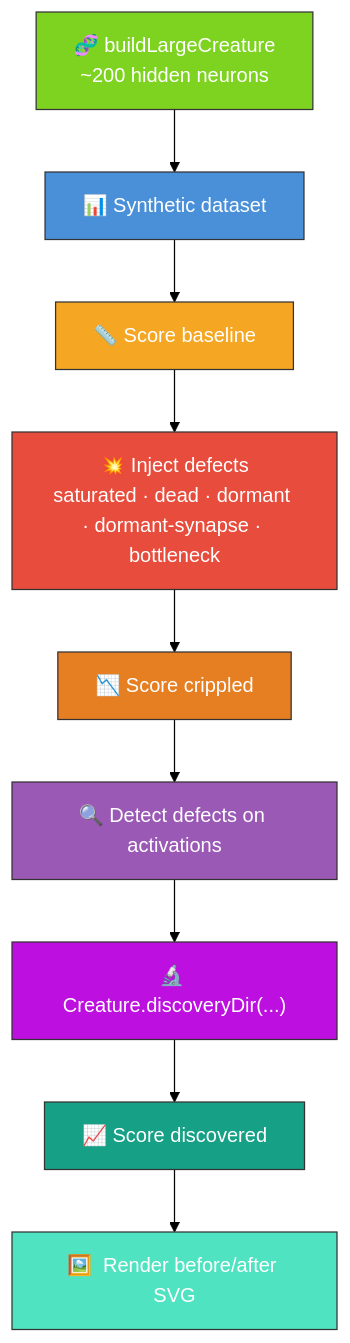
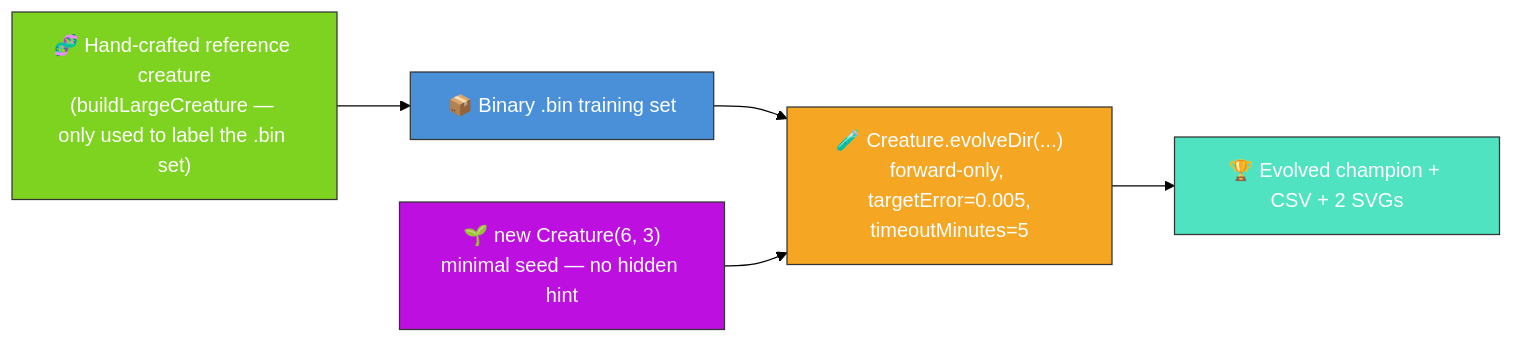
Before and after one commit to stSoftwareAU/NEAT-AI-Examples: the diagram in discovery_at_scale/README.md, drawn with Mermaid (forest theme). The commit also changed other lines of this file and 15 other files, not shown here.

````diff
--- a/discovery_at_scale/README.md
+++ b/discovery_at_scale/README.md
@@ -64,31 +8,17 @@
 ```mermaid
-flowchart TD
-    BUILD["🧬 buildLargeCreature<br/>~200 hidden neurons"]
-    DATA["📊 Synthetic dataset"]
-    BSCORE["📏 Score baseline"]
-    INJECT["💥 Inject defects<br/>saturated · dead · dormant · dormant-synapse · bottleneck"]
-    CSCORE["📉 Score crippled"]
-    DETECT["🔍 Detect defects on activations"]
-    DISC["🔬 Creature.discoveryDir(...)"]
-    DSCORE["📈 Score discovered"]
-    SVG["🖼️  Render before/after SVG"]
-
-    BUILD --> DATA
-    DATA --> BSCORE
-    BSCORE --> INJECT
-    INJECT --> CSCORE
-    CSCORE --> DETECT
-    DETECT --> DISC
-    DISC --> DSCORE
-    DSCORE --> SVG
-
-    style BUILD fill:#7ed321,stroke:#333,color:#fff
+flowchart LR
+    REF["🧬 Hand-crafted reference creature<br/>(buildLargeCreature — only used to label the .bin set)"]
+    DATA["📦 Binary .bin training set"]
+    SEED["🌱 new Creature(6, 3)<br/>minimal seed — no hidden hint"]
+    EVOLVE["🧪 Creature.evolveDir(...)<br/>forward-only, targetError=0.005,<br/>timeoutMinutes=5"]
+    OUT["🏆 Evolved champion + CSV + 2 SVGs"]
+    REF --> DATA
+    DATA --> EVOLVE
+    SEED --> EVOLVE
+    EVOLVE --> OUT
+    style REF fill:#7ed321,stroke:#333,color:#fff
     style DATA fill:#4a90d9,stroke:#333,color:#fff
-    style BSCORE fill:#f5a623,stroke:#333,color:#fff
-    style INJECT fill:#e74c3c,stroke:#333,color:#fff
-    style CSCORE fill:#e67e22,stroke:#333,color:#fff
-    style DETECT fill:#9b59b6,stroke:#333,color:#fff
-    style DISC fill:#bd10e0,stroke:#333,color:#fff
-    style DSCORE fill:#16a085,stroke:#333,color:#fff
-    style SVG fill:#50e3c2,stroke:#333,color:#fff
+    style SEED fill:#bd10e0,stroke:#333,color:#fff
+    style EVOLVE fill:#f5a623,stroke:#333,color:#fff
+    style OUT fill:#50e3c2,stroke:#333,color:#fff
 ```
````
